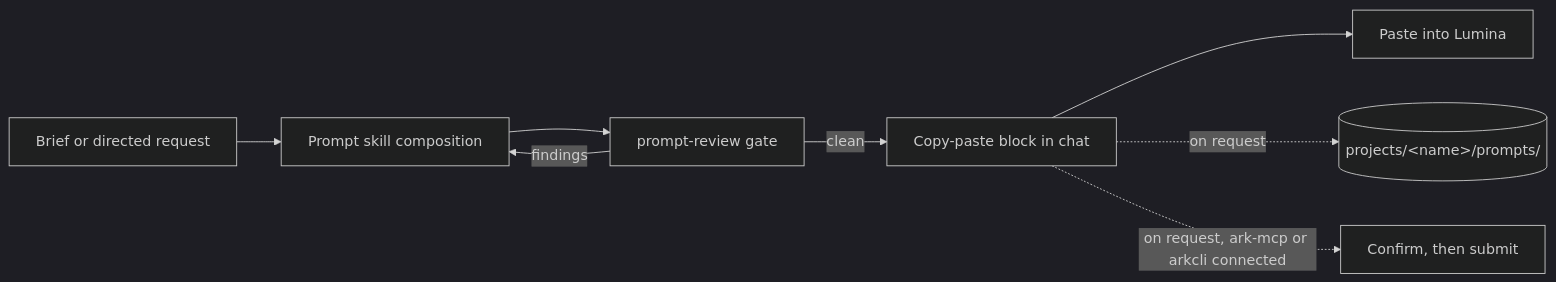
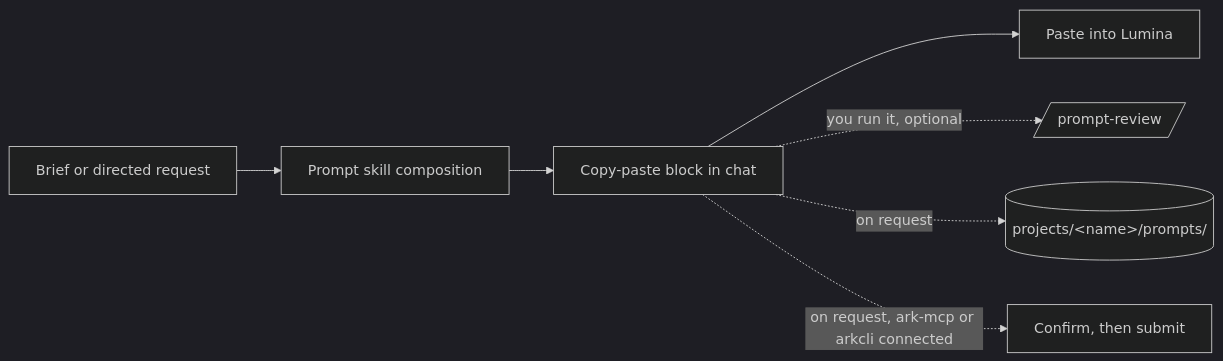
One commit to byteplus-sa/seed-studio changed the diagram in README.md. Above: the diagram before and after it, drawn with Mermaid (dark theme). The commit also changed other lines of this file and 44 other files, not shown here.

First line of the commit message:
refactor: make prompt-review optional and manual-only

````diff
--- a/README.md
+++ b/README.md
@@ -27,10 +28,9 @@
 ```mermaid
 flowchart LR
   A[Brief or directed request] --> B[Prompt skill composition]
-  B --> C[prompt-review gate]
-  C -->|findings| B
-  C -->|clean| D[Copy-paste block in chat]
+  B --> D[Copy-paste block in chat]
   D --> E[Paste into Lumina]
+  D -.->|you run it, optional| C[/prompt-review/]
   D -.->|on request| F[(projects/&lt;name&gt;/prompts/)]
   D -.->|on request, ark-mcp or arkcli connected| G[Confirm, then submit]
 ```
````
